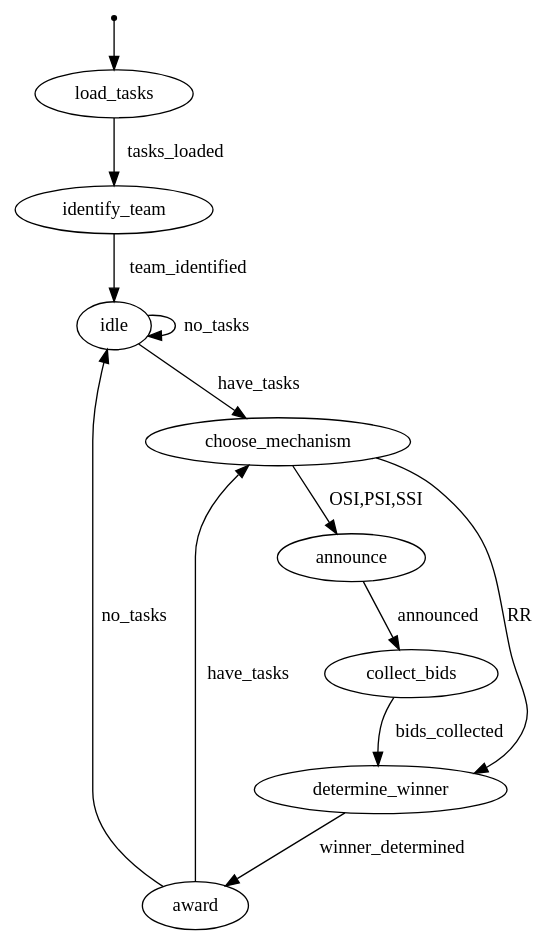
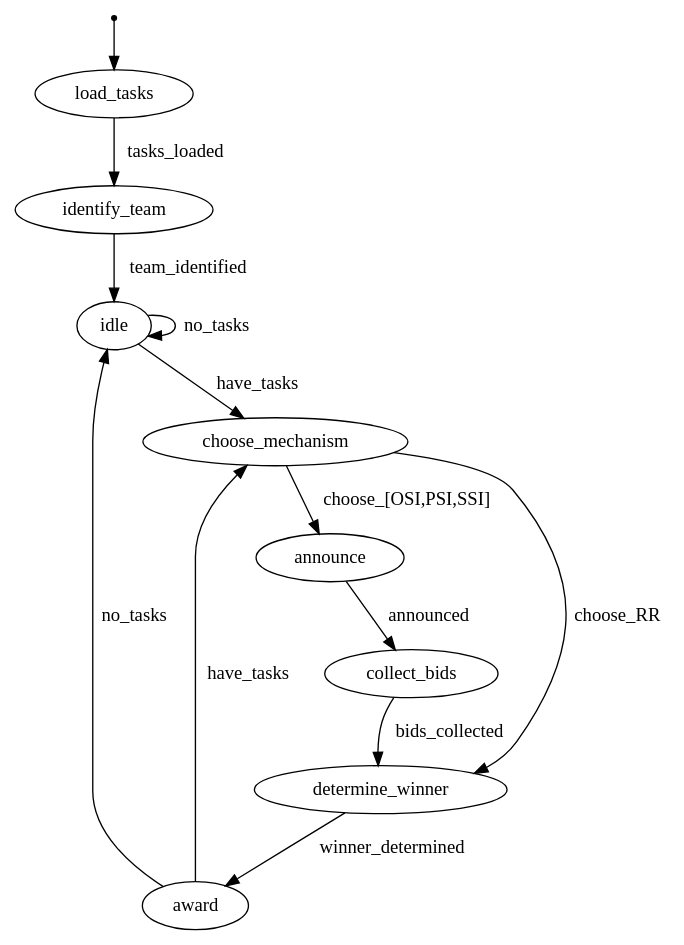
Before and after one commit to nitsuga/MRTeAm: the diagram in docs/auctioneer-fsm.dot, drawn with Graphviz. The commit also changed 10 other files, not shown here.

```diff
--- a/docs/auctioneer-fsm.dot
+++ b/docs/auctioneer-fsm.dot
@@ -1,34 +1,34 @@
 digraph auctioneer {
 #	rankdir=LR;
 	size="8,12"
 
 	# node [style=invis] START;
 	node [shape=point] start;
 	node [shape=ellipse, label="load_tasks"] load_tasks;
 	node [shape=ellipse, label="identify_team"] identify_team;
 #	node [shape=ellipse, label="allocate"] allocate;
 	node [shape=ellipse, label="announce"] announce;
 	node [shape=ellipse, label="collect_bids"] collect_bids;
 	node [shape=ellipse, label="determine_winner"] determine_winner;
 	node [shape=ellipse, label="award"] award;
 	node [shape=ellipse, label="idle"] idle;
 	node [shapr=ellipse, label="choose_mechanism"] choose_mechanism;
 	
 	start          -> load_tasks;
 	load_tasks     -> identify_team [label="tasks_loaded"];
 	identify_team  -> idle [label="team_identified"];
 
 	idle             -> choose_mechanism [label="have_tasks"];
 
-	choose_mechanism -> announce [label="OSI,PSI,SSI"];
-	choose_mechanism -> determine_winner [label="RR"];
+	choose_mechanism -> announce [label="choose_[OSI,PSI,SSI]"];
+	choose_mechanism -> determine_winner [label="choose_RR"];
 
 	announce         -> collect_bids [label="announced"];
 	collect_bids     -> determine_winner [label="bids_collected"];
 	determine_winner -> award [label="winner_determined"];
 
 	award            -> choose_mechanism [label="have_tasks"];
 	award            -> idle [label="no_tasks"];
 	
 	idle             -> idle [label="no_tasks"];
 }
```
